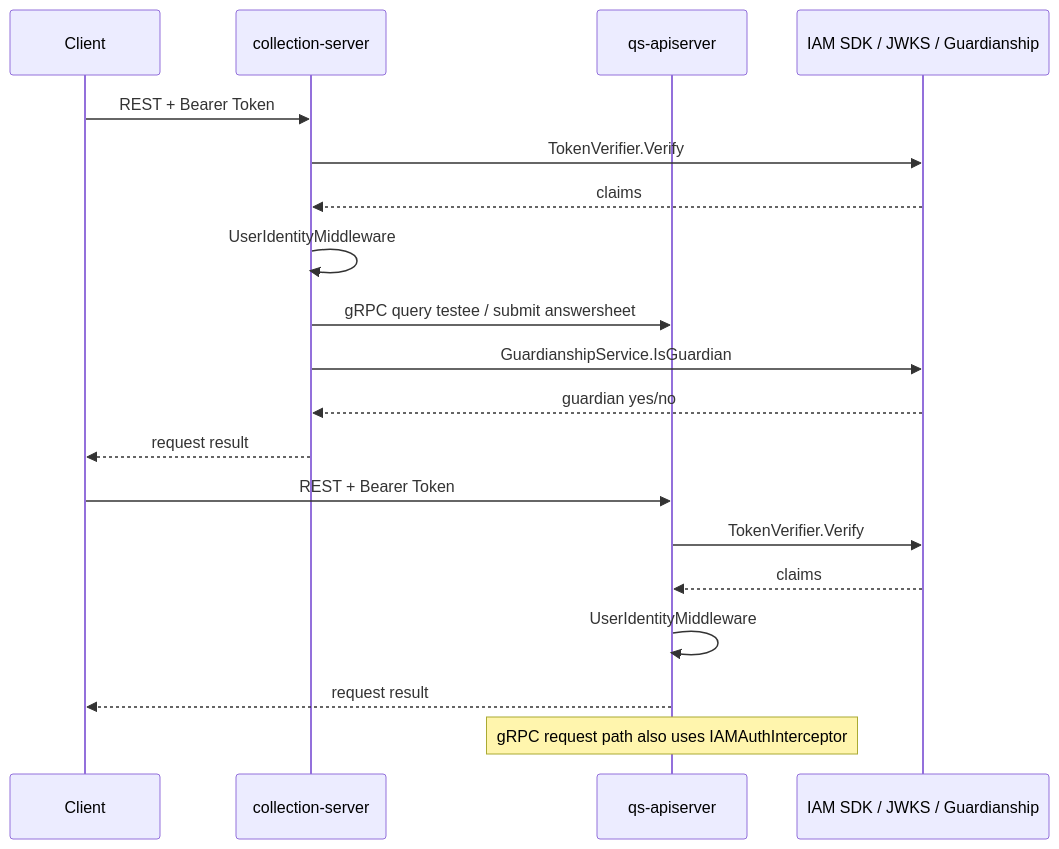
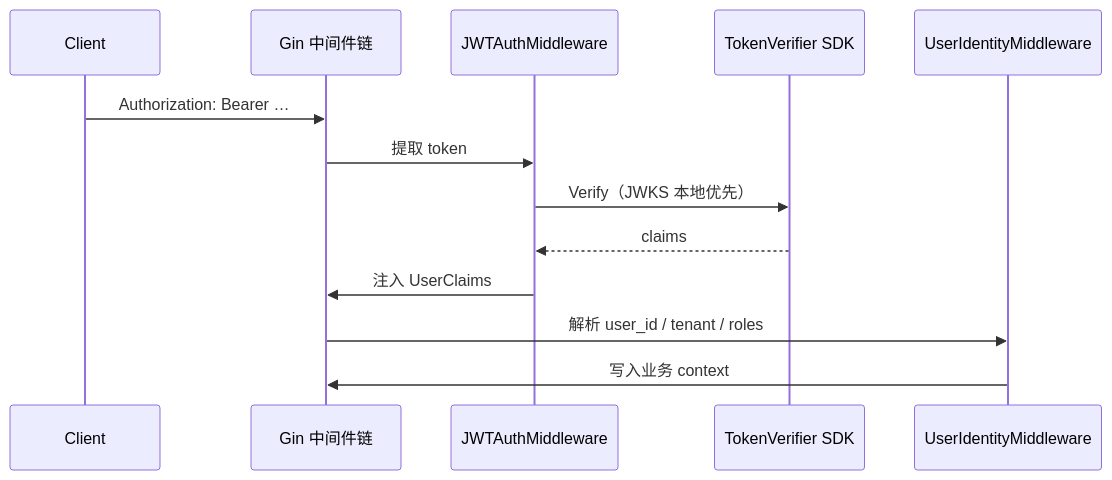
Before and after one commit to FangcunMount/qs-server: the second of 4 diagrams in docs/01-运行时/05-IAM认证与身份链路.md, drawn with Mermaid. The commit also changed other lines of this file and 34 other files, not shown here.

````diff
--- a/docs/01-运行时/05-IAM认证与身份链路.md
+++ b/docs/01-运行时/05-IAM认证与身份链路.md
@@ -223,24 +53,16 @@
 ```mermaid
 sequenceDiagram
-    participant Client as Client
-    participant Collection as collection-server
-    participant API as qs-apiserver
-    participant IAM as IAM SDK / JWKS / Guardianship
+    participant U as Client
+    participant Gin as Gin 中间件链
+    participant JWT as JWTAuthMiddleware
+    participant TV as TokenVerifier SDK
+    participant UI as UserIdentityMiddleware
 
-    Client->>Collection: REST + Bearer Token
-    Collection->>IAM: TokenVerifier.Verify
-    IAM-->>Collection: claims
-    Collection->>Collection: UserIdentityMiddleware
-    Collection->>API: gRPC query testee / submit answersheet
-    Collection->>IAM: GuardianshipService.IsGuardian
-    IAM-->>Collection: guardian yes/no
-    Collection-->>Client: request result
-
-    Client->>API: REST + Bearer Token
-    API->>IAM: TokenVerifier.Verify
-    IAM-->>API: claims
-    API->>API: UserIdentityMiddleware
-    API-->>Client: request result
-
-    Note over API: gRPC request path also uses IAMAuthInterceptor
+    U->>Gin: Authorization: Bearer …
+    Gin->>JWT: 提取 token
+    JWT->>TV: Verify（JWKS 本地优先）
+    TV-->>JWT: claims
+    JWT->>Gin: 注入 UserClaims
+    Gin->>UI: 解析 user_id / tenant / roles
+    UI->>Gin: 写入业务 context
 ```
````
